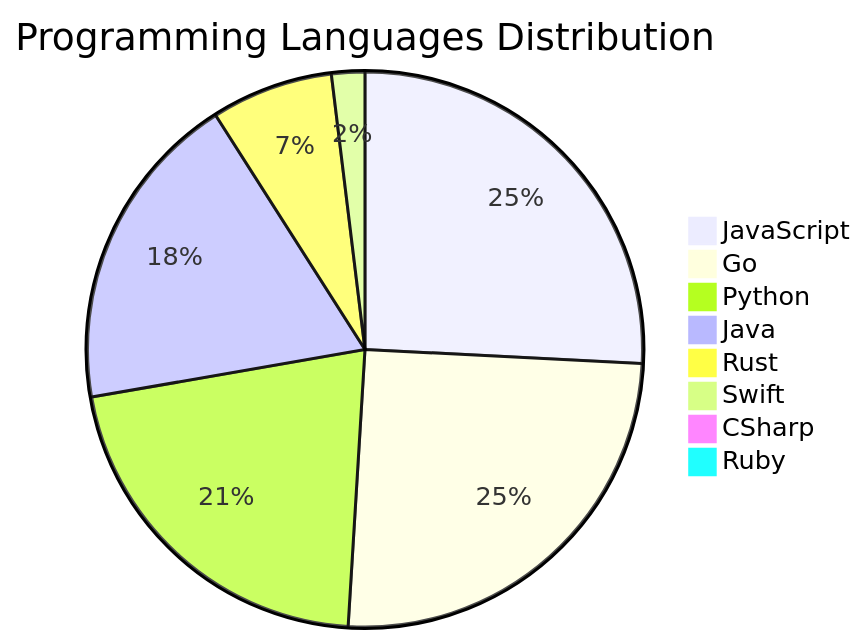
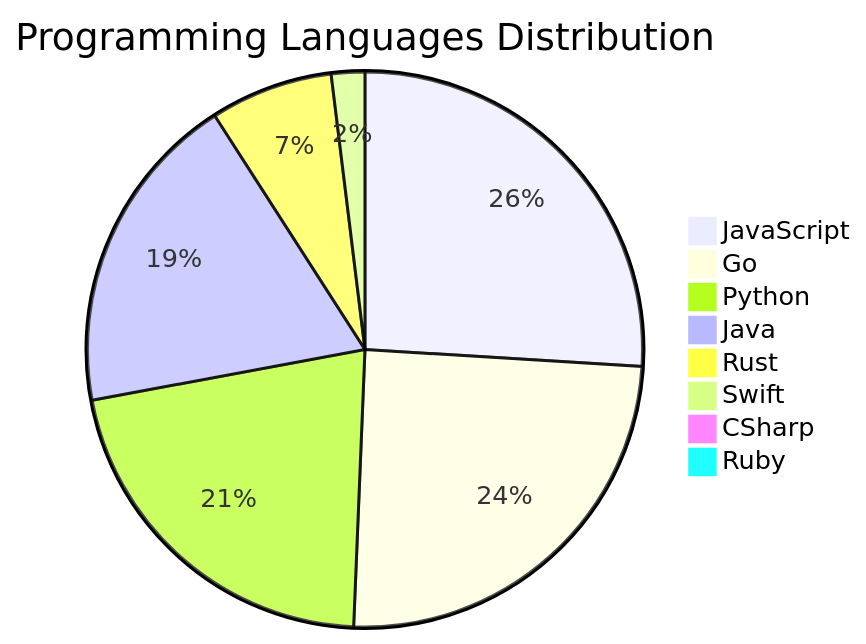
The diagram in README.md (Derrick-MUGISHA/github-activity-bot), drawn with Mermaid before and after one commit. The commit also changed other lines of this file and 4 other files, not shown here.

````diff
--- a/README.md
+++ b/README.md
@@ -208,11 +208,11 @@
 ```mermaid
 pie title Programming Languages Distribution
     "JavaScript" : 40
-    "Go" : 39
+    "Go" : 38
     "Python" : 33
     "Java" : 29
     "Rust" : 11
     "Swift" : 3
     "CSharp" : 1
     "Ruby" : 1
 ```
````
